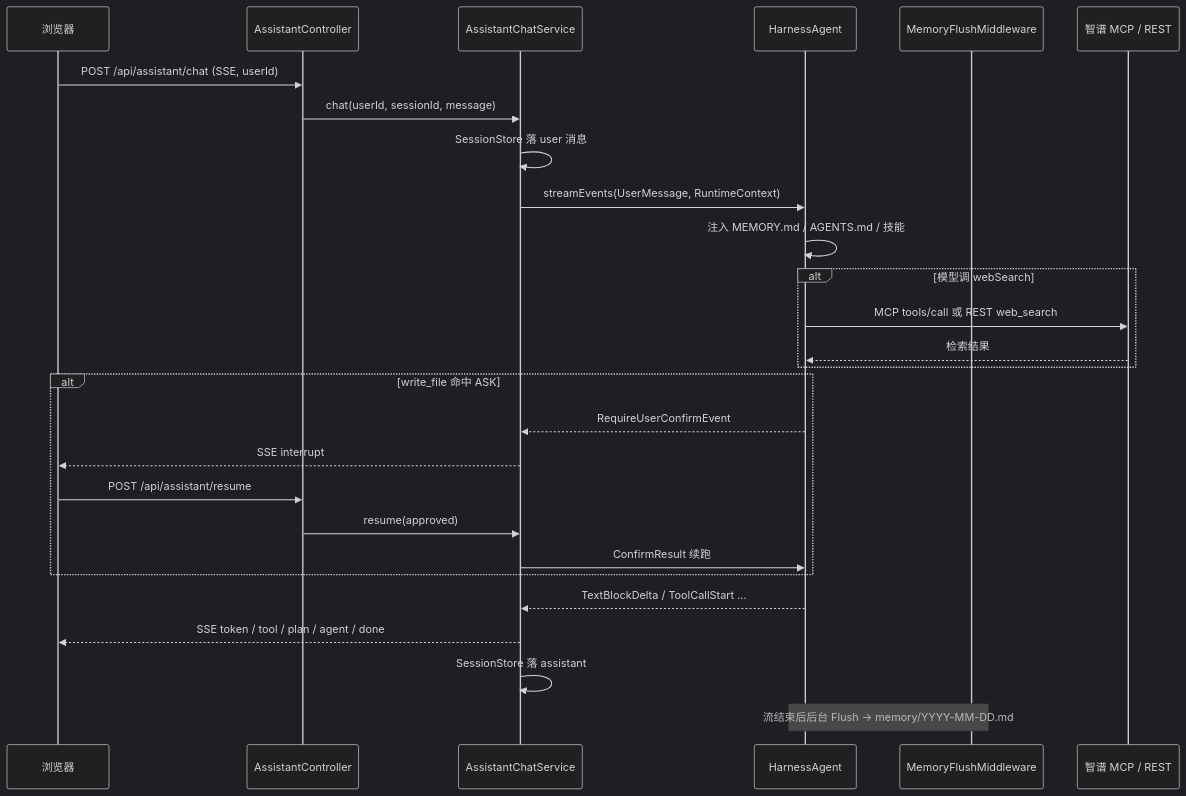
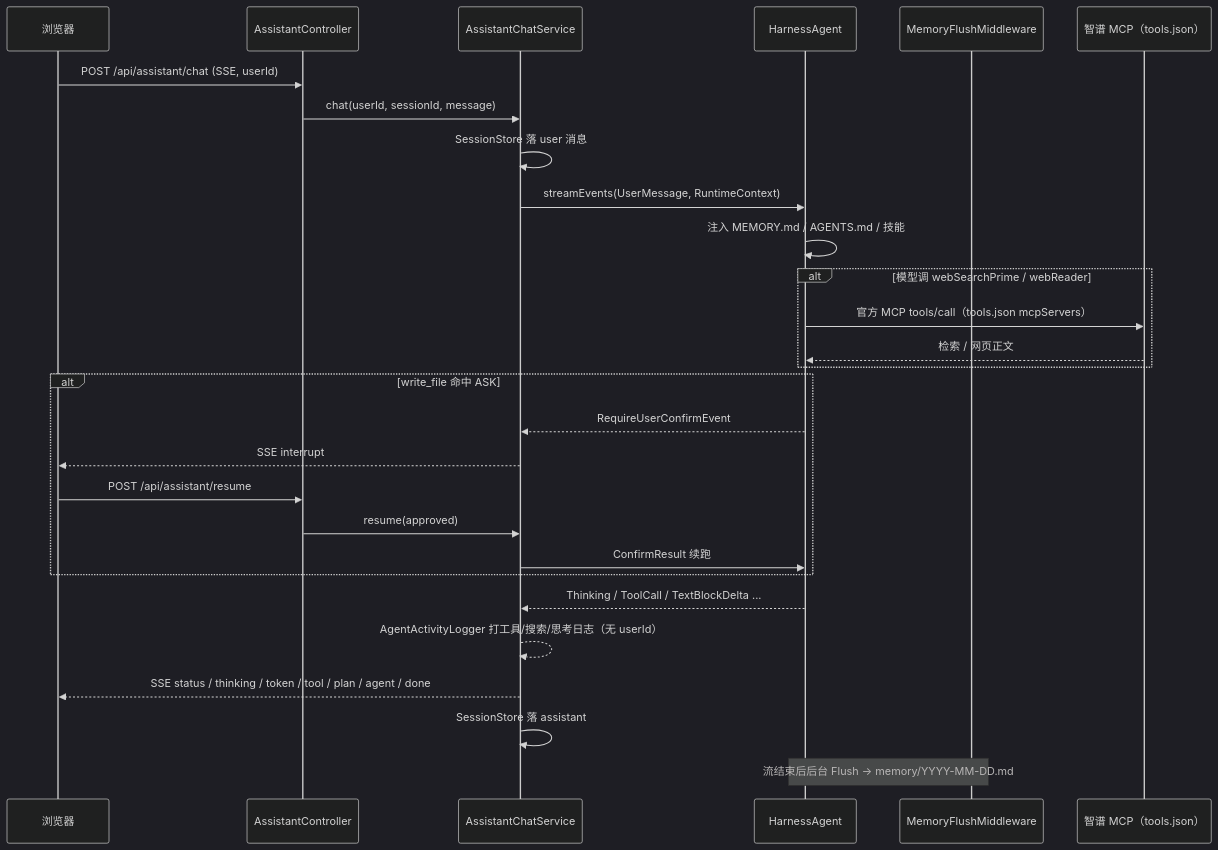
One commit to yekepingyy/agentscope-assistant-java changed the diagram in docs/灏忔繁-AgentScope-Java-2.0-Harness鏋舵瀯鍗氬-01.md. Above: the diagram before and after it, drawn with Mermaid (dark theme). The commit also changed other lines of this file and 23 other files, not shown here.

````diff
--- a/docs/灏忔繁-AgentScope-Java-2.0-Harness鏋舵瀯鍗氬-01.md
+++ b/docs/灏忔繁-AgentScope-Java-2.0-Harness鏋舵瀯鍗氬-01.md
@@ -79,30 +102,31 @@
 ```mermaid
 sequenceDiagram
     participant U as 浏览器
     participant C as AssistantController
     participant S as AssistantChatService
     participant H as HarnessAgent
     participant F as MemoryFlushMiddleware
-    participant M as 智谱 MCP / REST
+    participant M as 智谱 MCP（tools.json）
 
     U->>C: POST /api/assistant/chat (SSE, userId)
     C->>S: chat(userId, sessionId, message)
     S->>S: SessionStore 落 user 消息
     S->>H: streamEvents(UserMessage, RuntimeContext)
     H->>H: 注入 MEMORY.md / AGENTS.md / 技能
-    alt 模型调 webSearch
-        H->>M: MCP tools/call 或 REST web_search
-        M-->>H: 检索结果
+    alt 模型调 webSearchPrime / webReader
+        H->>M: 官方 MCP tools/call（tools.json mcpServers）
+        M-->>H: 检索 / 网页正文
     end
     alt write_file 命中 ASK
         H-->>S: RequireUserConfirmEvent
         S-->>U: SSE interrupt
         U->>C: POST /api/assistant/resume
         C->>S: resume(approved)
         S->>H: ConfirmResult 续跑
     end
-    H-->>S: TextBlockDelta / ToolCallStart ...
-    S-->>U: SSE token / tool / plan / agent / done
+    H-->>S: Thinking / ToolCall / TextBlockDelta ...
+    S-->>S: AgentActivityLogger 打工具/搜索/思考日志（无 userId）
+    S-->>U: SSE status / thinking / token / tool / plan / agent / done
     S->>S: SessionStore 落 assistant
     Note over H,F: 流结束后后台 Flush → memory/YYYY-MM-DD.md
 ```
````
